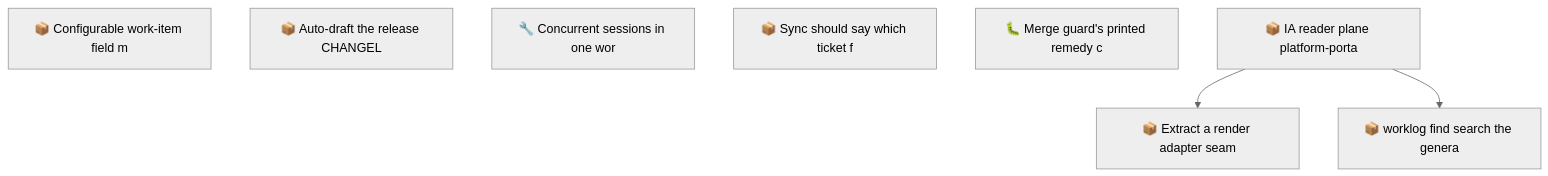
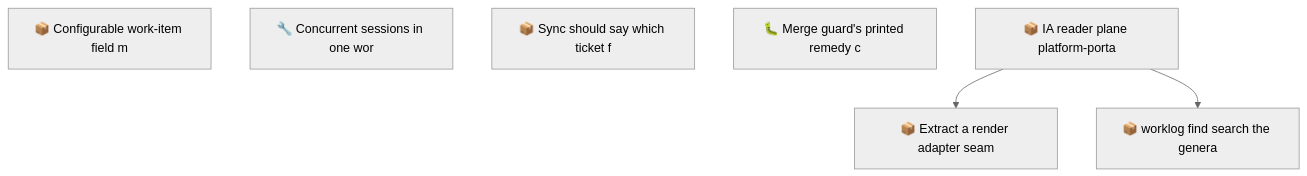
Before and after one commit to SpillwaveSolutions/wiki_ticket_sdd: the second of 2 diagrams in docs/roadmap.md, drawn with Mermaid (neutral theme). The commit also changed other lines of this file and 16 other files, not shown here.

````diff
--- a/docs/roadmap.md
+++ b/docs/roadmap.md
@@ -71,13 +69,12 @@
 ```mermaid
 graph TD
     01KY5NE0ZYGBWG44N0KPEBFCZ8["📦 Configurable work-item field m"]
-    01KYAC0AC01R4C6W7YY1X8NVRV["📦 Auto-draft the release CHANGEL"]
     01KYNHEV5GCR1MDNECAXFT0GK2["🔧 Concurrent sessions in one wor"]
     01KYNHEVDSD4BTASXCTV88Q80Q["📦 Sync should say which ticket f"]
     01KYWGJD1QCQRM6V6S0MWN5SCW["🐛 Merge guard's printed remedy c"]
     01KYWGM3KPNQNSWV03FRG23ADB["📦 IA reader plane platform-porta"]
     01KYWGM3R13Q33YZ3PJA3V7QMD["📦 Extract a render adapter seam"]
     01KYWGM3W958F3QK4HB52X1Q1X["📦 worklog find search the genera"]
     01KYWGM3KPNQNSWV03FRG23ADB --> 01KYWGM3R13Q33YZ3PJA3V7QMD
     01KYWGM3KPNQNSWV03FRG23ADB --> 01KYWGM3W958F3QK4HB52X1Q1X
 ```
````
